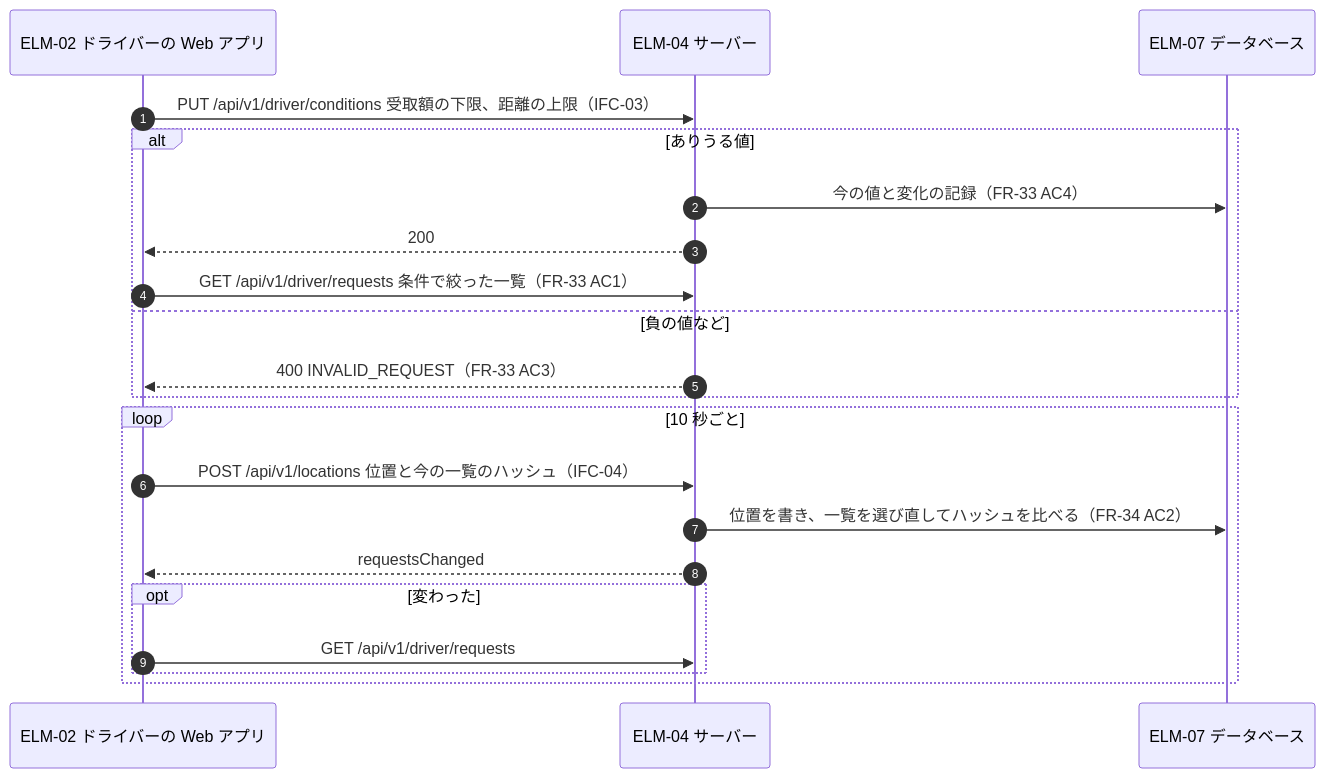
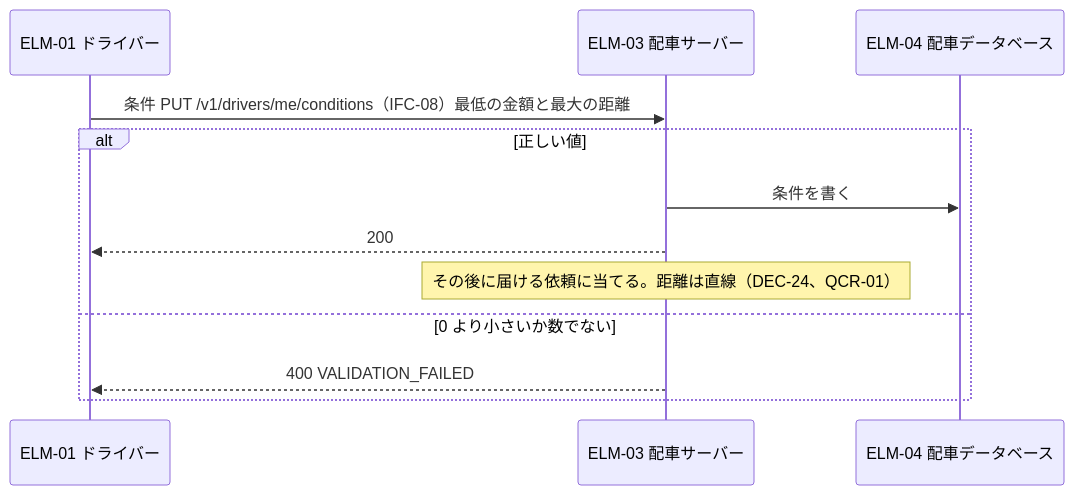
Before and after one commit to Taro000/chain-summary-html: diagram 14 of 58 in skills/design-summary-html/evals/ride-hailing-full/files/docs/design/3-high-level-design.md, drawn with Mermaid. The commit also changed other lines of this file and 1073 other files, not shown here.

````diff
--- a/skills/design-summary-html/evals/ride-hailing-full/files/docs/design/3-high-level-design.md
+++ b/skills/design-summary-html/evals/ride-hailing-full/files/docs/design/3-high-level-design.md
@@ -1038,23 +703,14 @@
 ```mermaid
 sequenceDiagram
-  autonumber
-  participant DA as ELM-02 ドライバーの Web アプリ
-  participant SRV as ELM-04 サーバー
-  participant DB as ELM-07 データベース
-  DA->>SRV: PUT /api/v1/driver/conditions 受取額の下限、距離の上限（IFC-03）
-  alt ありうる値
-    SRV->>DB: 今の値と変化の記録（FR-33 AC4）
-    SRV-->>DA: 200
-    DA->>SRV: GET /api/v1/driver/requests 条件で絞った一覧（FR-33 AC1）
-  else 負の値など
-    SRV-->>DA: 400 INVALID_REQUEST（FR-33 AC3）
-  end
-  loop 10 秒ごと
-    DA->>SRV: POST /api/v1/locations 位置と今の一覧のハッシュ（IFC-04）
-    SRV->>DB: 位置を書き、一覧を選び直してハッシュを比べる（FR-34 AC2）
-    SRV-->>DA: requestsChanged
-    opt 変わった
-      DA->>SRV: GET /api/v1/driver/requests
-    end
+  participant D as ELM-01 ドライバー
+  participant S as ELM-03 配車サーバー
+  participant DB as ELM-04 配車データベース
+  D->>S: 条件 PUT /v1/drivers/me/conditions（IFC-08）最低の金額と最大の距離
+  alt 正しい値
+    S->>DB: 条件を書く
+    S-->>D: 200
+    Note over S: その後に届ける依頼に当てる。距離は直線（DEC-24、QCR-01）
+  else 0 より小さいか数でない
+    S-->>D: 400 VALIDATION_FAILED
   end
 ```
````
